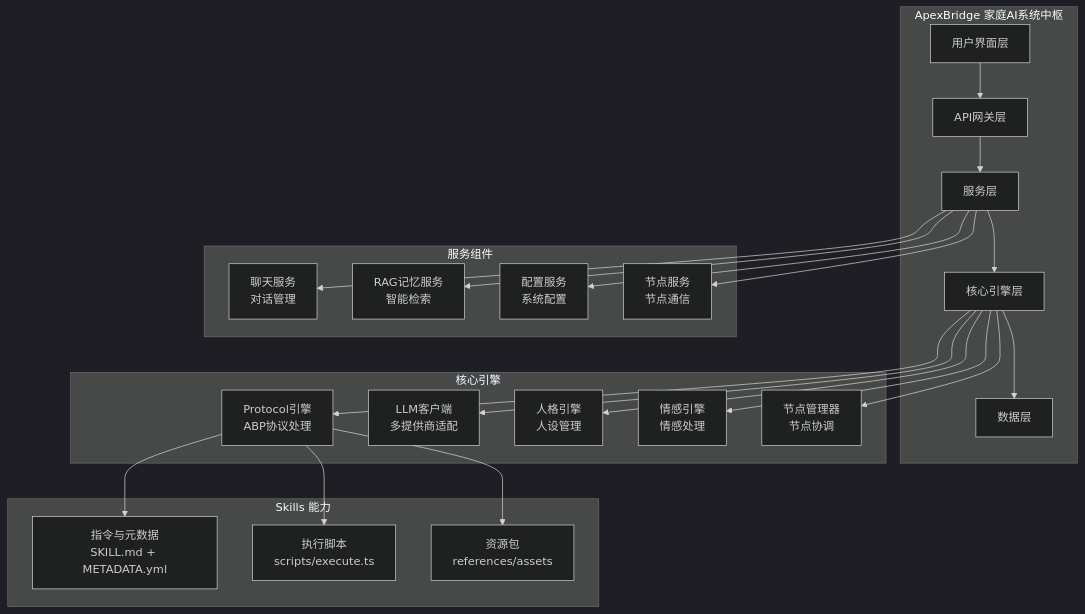
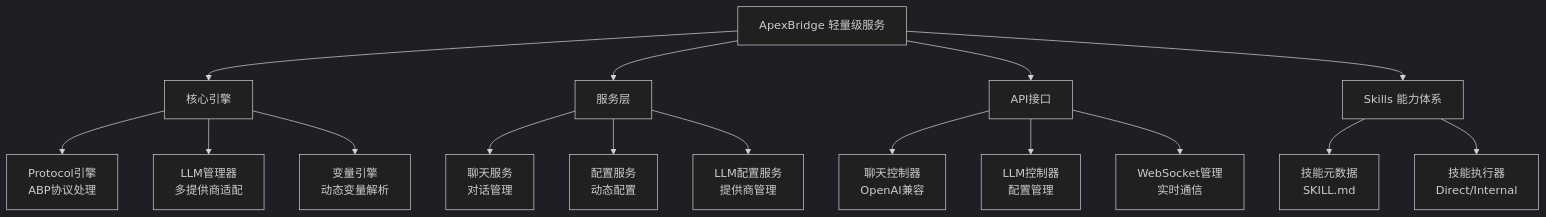
The diagram in README.md (suntianc/apex-bridge), drawn with Mermaid (dark theme) before and after one commit. The commit also changed other lines of this file and 32 other files, not shown here.

````diff
--- a/README.md
+++ b/README.md
@@ -42,45 +32,21 @@
 ```mermaid
 graph TD
-    subgraph "ApexBridge 家庭AI系统中枢"
-        A["用户界面层"] --> B["API网关层"];
-        B --> C["服务层"];
-        C --> D["核心引擎层"];
-        D --> E["数据层"];
-    end
+    A["ApexBridge 轻量级服务"] --> B["核心引擎"];
+    B --> C["Protocol引擎<br/>ABP协议处理"];
+    B --> D["LLM管理器<br/>多提供商适配"];
+    B --> E["变量引擎<br/>动态变量解析"];
 
-    subgraph "核心引擎"
-        F["Protocol引擎<br/>ABP协议处理"];
-        G["LLM客户端<br/>多提供商适配"];
-        H["人格引擎<br/>人设管理"];
-        I["情感引擎<br/>情感处理"];
-        J["节点管理器<br/>节点协调"];
-    end
+    A --> F["服务层"];
+    F --> G["聊天服务<br/>对话管理"];
+    F --> H["配置服务<br/>动态配置"];
+    F --> J["LLM配置服务<br/>提供商管理"];
 
-    subgraph "服务组件"
-        K["聊天服务<br/>对话管理"];
-        L["RAG记忆服务<br/>智能检索"];
-        M["配置服务<br/>系统配置"];
-        N["节点服务<br/>节点通信"];
-    end
+    A --> K["API接口"];
+    K --> L["聊天控制器<br/>OpenAI兼容"];
+    K --> M["LLM控制器<br/>配置管理"];
+    K --> N["WebSocket管理<br/>实时通信"];
 
-    subgraph "Skills 能力"
-        O["指令与元数据<br/>SKILL.md + METADATA.yml"];
-        P["执行脚本<br/>scripts/execute.ts"];
-        Q["资源包<br/>references/assets"];
-    end
-
-    D --> F;
-    D --> G;
-    D --> H;
-    D --> I;
-    D --> J;
-
-    C --> K;
-    C --> L;
-    C --> M;
-    C --> N;
-
-    F --> O;
-    F --> P;
-    F --> Q;
+    A --> O["Skills 能力体系"];
+    O --> P["技能元数据<br/>SKILL.md"];
+    O --> Q["技能执行器<br/>Direct/Internal"];
 ```
````
